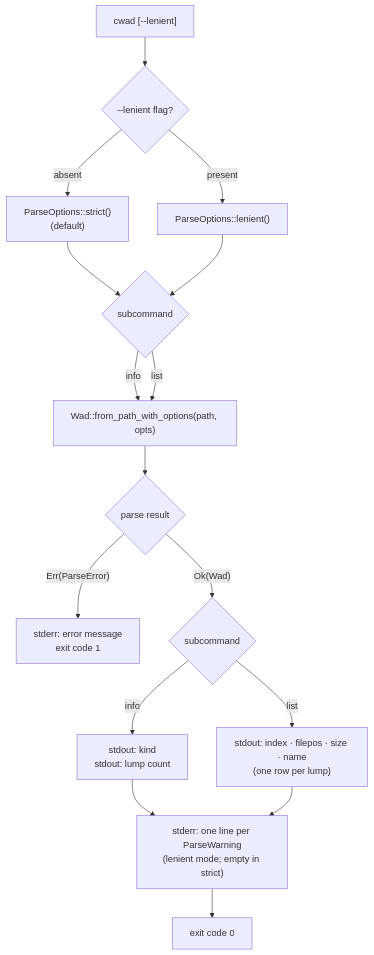
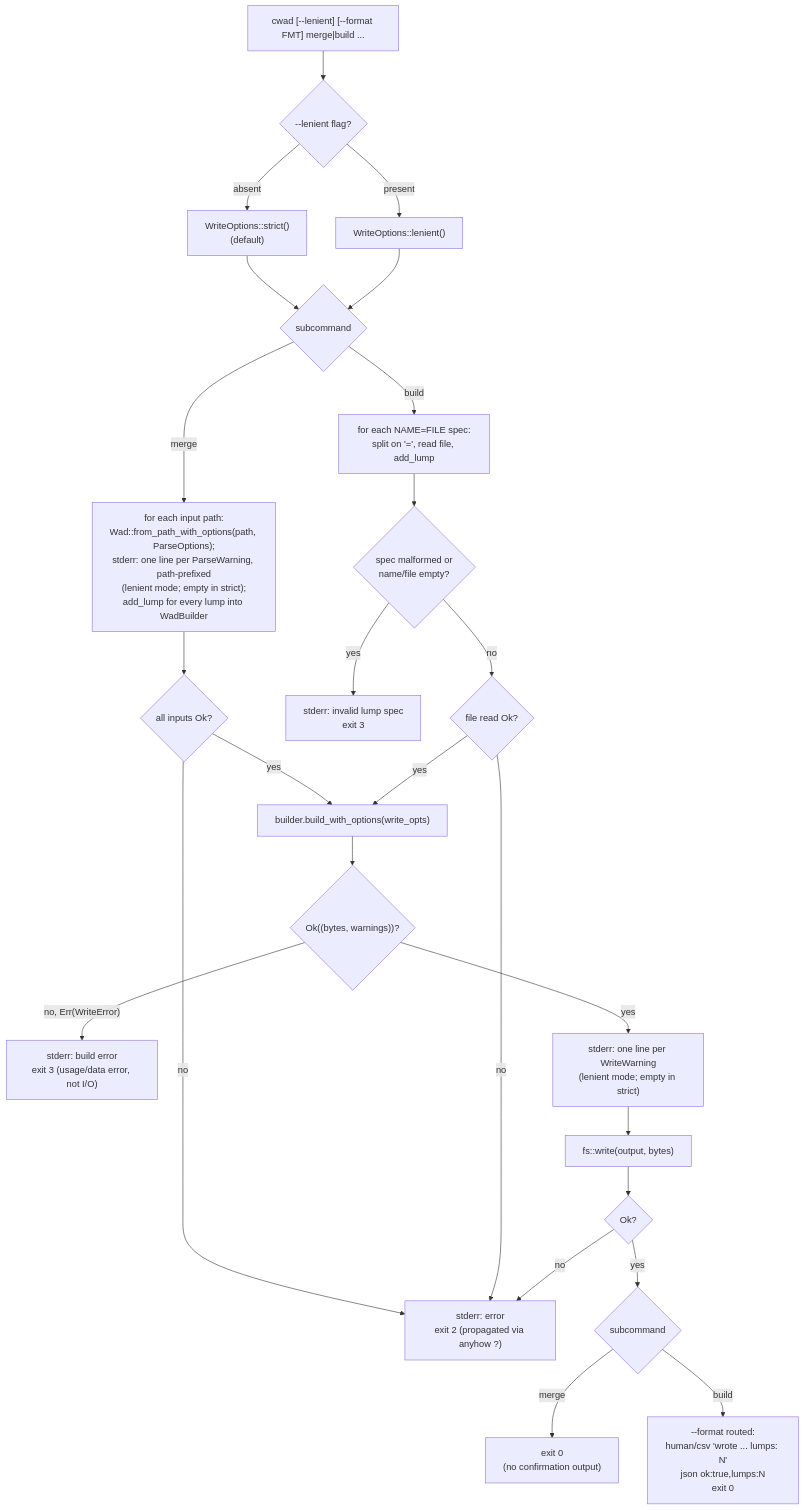
Before and after one commit to masriamir/crustywad: the second of 2 diagrams in docs/diagrams/cli-flow.md, drawn with Mermaid. The commit also changed other lines of this file, not shown here.

Commit message:
fix(docs): split cli-flow.md into read-path and write-path diagrams (#149)

````diff
--- a/docs/diagrams/cli-flow.md
+++ b/docs/diagrams/cli-flow.md
@@ -9,25 +61,35 @@
 ```mermaid
 flowchart TD
-    A["cwad [--lenient] <subcommand> <path>"]
+    A["cwad [--lenient] [--format FMT] merge|build ..."]
     B{"--lenient flag?"}
-    C["ParseOptions::strict()\n(default)"]
-    D["ParseOptions::lenient()"]
-
+    C["WriteOptions::strict()\n(default)"]
+    D["WriteOptions::lenient()"]
     A --> B
     B -- "absent" --> C
     B -- "present" --> D
     C & D --> E{"subcommand"}
 
-    E -- "info" --> F["Wad::from_path_with_options(path, opts)"]
-    E -- "list" --> F
+    E -- "merge" --> M1["for each input path:\nWad::from_path_with_options(path, ParseOptions);\nstderr: one line per ParseWarning, path-prefixed\n(lenient mode; empty in strict);\nadd_lump for every lump into WadBuilder"]
+    M1 --> M2{"all inputs Ok?"}
+    M2 -- "no" --> ERR2["stderr: error\nexit 2 (propagated via anyhow ?)"]
+    M2 -- "yes" --> BUILD
 
-    F --> G{"parse result"}
-    G -- "Err(ParseError)" --> H["stderr: error message\nexit code 1"]
-    G -- "Ok(Wad)" --> I{"subcommand"}
+    E -- "build" --> B1["for each NAME=FILE spec:\nsplit on '=', read file, add_lump"]
+    B1 --> B2{"spec malformed or\nname/file empty?"}
+    B2 -- "yes" --> ERR3A["stderr: invalid lump spec\nexit 3"]
+    B2 -- "no" --> B3{"file read Ok?"}
+    B3 -- "no" --> ERR2
+    B3 -- "yes" --> BUILD
 
-    I -- "info" --> J["stdout: kind\nstdout: lump count"]
-    I -- "list" --> K["stdout: index · filepos · size · name\n(one row per lump)"]
+    BUILD["builder.build_with_options(write_opts)"]
+    BUILD --> BOK{"Ok((bytes, warnings))?"}
+    BOK -- "no, Err(WriteError)" --> ERR3B["stderr: build error\nexit 3 (usage/data error, not I/O)"]
+    BOK -- "yes" --> WARN["stderr: one line per WriteWarning\n(lenient mode; empty in strict)"]
+    WARN --> WFILE["fs::write(output, bytes)"]
+    WFILE --> WOK{"Ok?"}
+    WOK -- "no" --> ERR2
+    WOK -- "yes" --> DONE{"subcommand"}
 
-    J & K --> L["stderr: one line per ParseWarning\n(lenient mode; empty in strict)"]
-    L --> M["exit code 0"]
+    DONE -- "merge" --> M_EXIT["exit 0\n(no confirmation output)"]
+    DONE -- "build" --> B_EXIT["--format routed:\nhuman/csv 'wrote ... lumps: N'\njson ok:true,lumps:N\nexit 0"]
 ```
````
